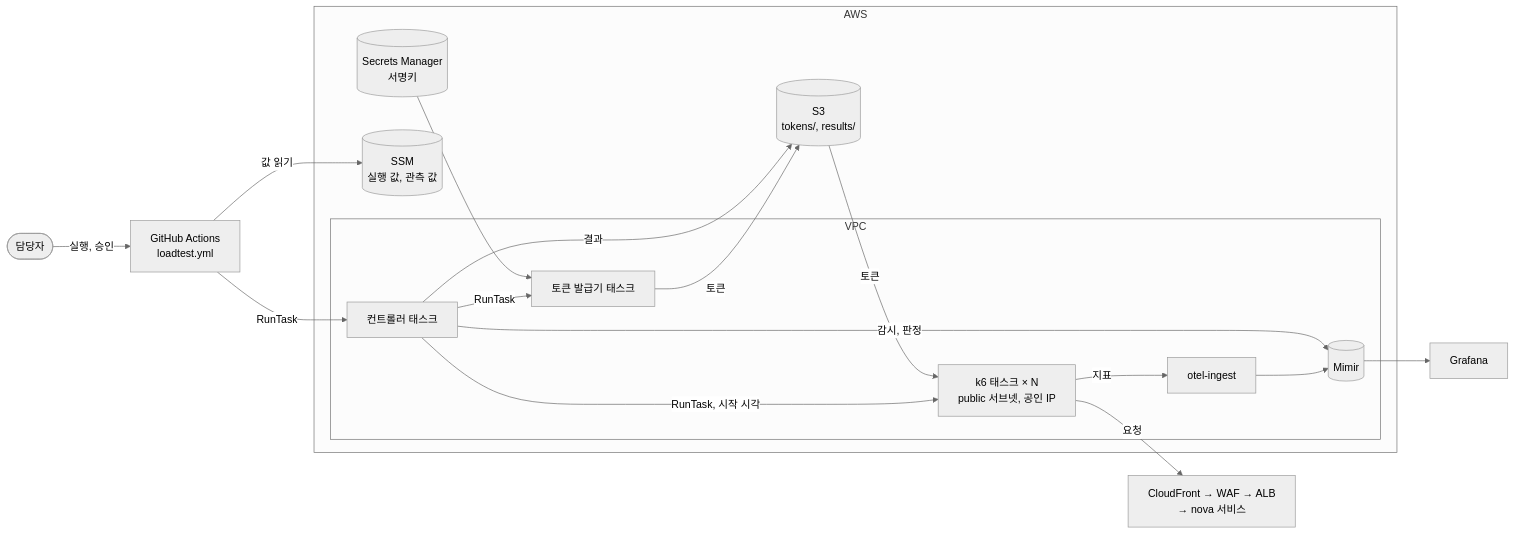
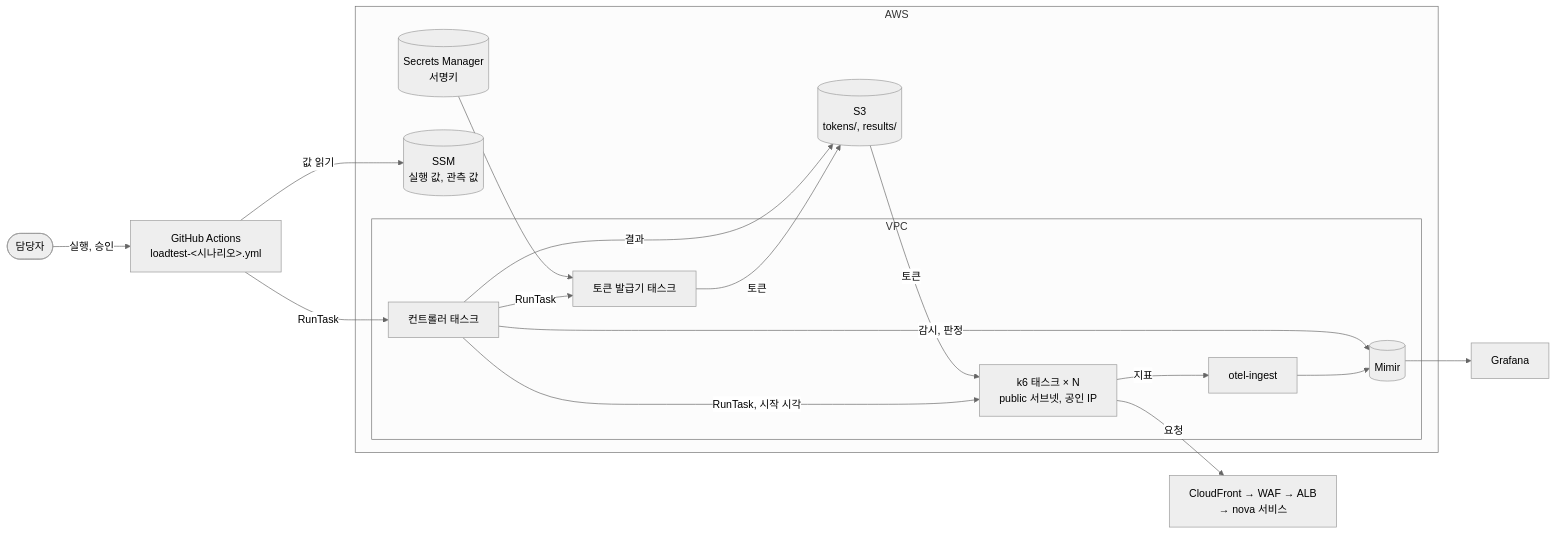
One commit to Grandis-2/nova-loadtest changed the first of 4 diagrams in PLAN.md. Above: the diagram before and after it, drawn with Mermaid (neutral theme). The commit also changed other lines of this file and 22 other files, not shown here.

````diff
--- a/PLAN.md
+++ b/PLAN.md
@@ -30,30 +30,30 @@
 ```mermaid
 flowchart LR
-    op(["담당자"]) -->|"실행, 승인"| gha["GitHub Actions<br/>loadtest.yml"]
+    op(["담당자"]) -->|"실행, 승인"| gha["GitHub Actions<br/>loadtest-&lt;시나리오&gt;.yml"]
 
     subgraph aws["AWS"]
         ssm[("SSM<br/>실행 값, 관측 값")]
         s3[("S3<br/>tokens/, results/")]
         sm[("Secrets Manager<br/>서명키")]
         subgraph vpc["VPC"]
             ctl["컨트롤러 태스크"]
             minter["토큰 발급기 태스크"]
             k6["k6 태스크 × N<br/>public 서브넷, 공인 IP"]
             otel["otel-ingest"]
             mimir[("Mimir")]
         end
     end
 
     gha -->|"값 읽기"| ssm
     gha -->|"RunTask"| ctl
     ctl -->|"RunTask"| minter
     sm --> minter
     minter -->|"토큰"| s3
     ctl -->|"RunTask, 시작 시각"| k6
     s3 -->|"토큰"| k6
     k6 -->|"요청"| edge["CloudFront → WAF → ALB<br/>→ nova 서비스"]
     k6 -->|"지표"| otel --> mimir
     ctl -->|"감시, 판정"| mimir
     ctl -->|"결과"| s3
     mimir --> grafana["Grafana"]
 ```
````
